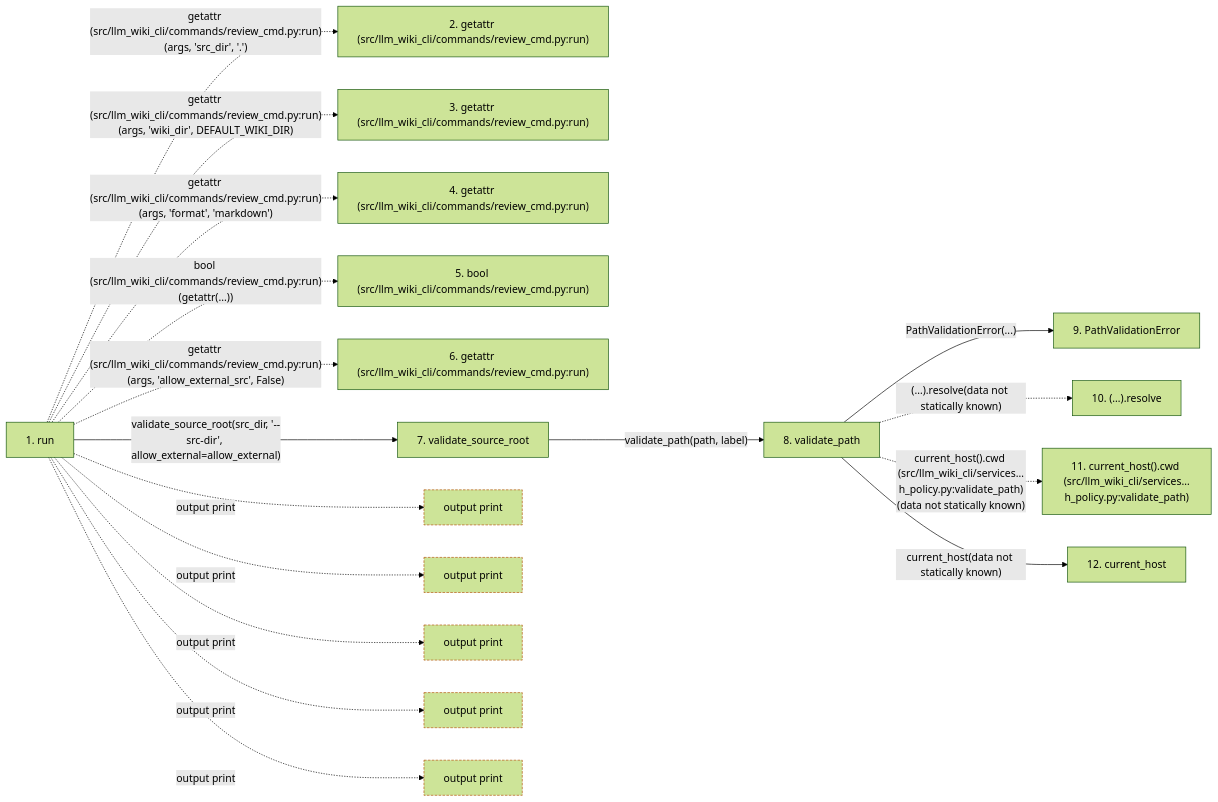
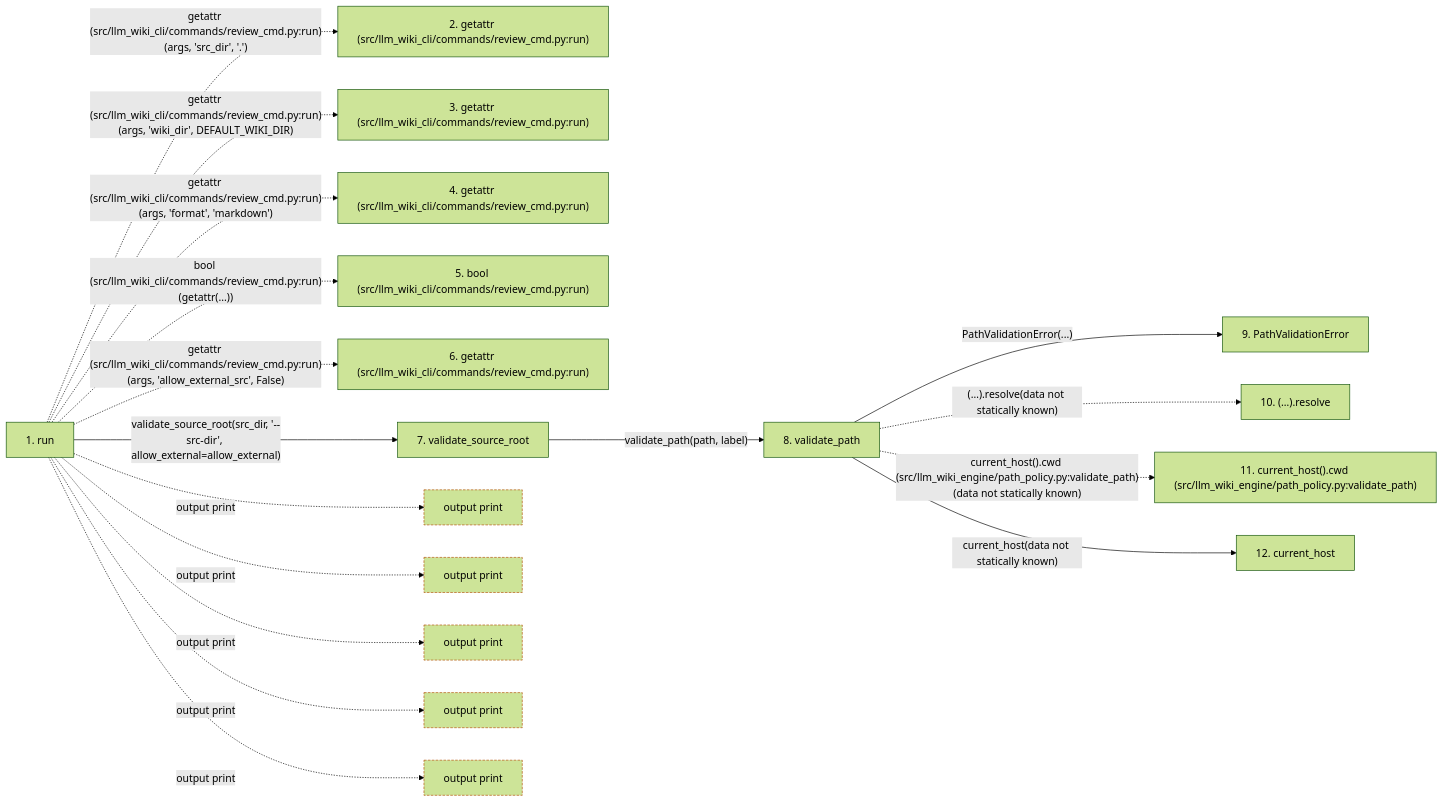
Before and after one commit to Denissvgn/python-wiki-llm: the second of 2 diagrams in docs/llm_wiki/flows/cli-review.md, drawn with Mermaid (forest theme). The commit also changed other lines of this file and 739 other files, not shown here.

First line of the commit message:
docs: refresh the wiki for the second engine batch

````diff
--- a/docs/llm_wiki/flows/cli-review.md
+++ b/docs/llm_wiki/flows/cli-review.md
@@ -176,47 +176,47 @@
 ```mermaid
 flowchart LR
     s1["1. run"]
     s2["2. getattr (src/llm_wiki_cli/commands/review_cmd.py:run)"]
     s3["3. getattr (src/llm_wiki_cli/commands/review_cmd.py:run)"]
     s4["4. getattr (src/llm_wiki_cli/commands/review_cmd.py:run)"]
     s5["5. bool (src/llm_wiki_cli/commands/review_cmd.py:run)"]
     s6["6. getattr (src/llm_wiki_cli/commands/review_cmd.py:run)"]
     s7["7. validate_source_root"]
     s8["8. validate_path"]
     s9["9. PathValidationError"]
     s10["10. (…).resolve"]
-    s11["11. current_host().cwd (src/llm_wiki_cli/services…h_policy.py:validate_path)"]
+    s11["11. current_host().cwd (src/llm_wiki_engine/path_policy.py:validate_path)"]
     s12["12. current_host"]
     s1 -. "getattr (src/llm_wiki_cli/commands/review_cmd.py:run)(args, 'src_dir', '.')" .-> s2
     s1 -. "getattr (src/llm_wiki_cli/commands/review_cmd.py:run)(args, 'wiki_dir', DEFAULT_WIKI_DIR)" .-> s3
     s1 -. "getattr (src/llm_wiki_cli/commands/review_cmd.py:run)(args, 'format', 'markdown')" .-> s4
     s1 -. "bool (src/llm_wiki_cli/commands/review_cmd.py:run)(getattr(...))" .-> s5
     s1 -. "getattr (src/llm_wiki_cli/commands/review_cmd.py:run)(args, 'allow_external_src', False)" .-> s6
     s1 -->|"validate_source_root(src_dir, '--src-dir', allow_external=allow_external)"| s7
     s7 -->|"validate_path(path, label)"| s8
     s8 -->|"PathValidationError(...)"| s9
     s8 -. "(…).resolve(data not statically known)" .-> s10
-    s8 -. "current_host().cwd (src/llm_wiki_cli/services…h_policy.py:validate_path)(data not statically known)" .-> s11
+    s8 -. "current_host().cwd (src/llm_wiki_engine/path_policy.py:validate_path)(data not statically known)" .-> s11
     s8 -->|"current_host(data not statically known)"| s12
     b0["output print"]
     s1 -. "output print" .-> b0
     b1["output print"]
     s1 -. "output print" .-> b1
     b2["output print"]
     s1 -. "output print" .-> b2
     b3["output print"]
     s1 -. "output print" .-> b3
     b4["output print"]
     s1 -. "output print" .-> b4
     click s1 "../modules/review_cmd.md"
     click s7 "../modules/path_policy.md"
     click s8 "../modules/path_policy.md"
     click s9 "../modules/path_policy.md"
     click s12 "../modules/host.md"
     classDef boundary stroke:#b45309,stroke-dasharray: 4 2
     class b0 boundary
     class b1 boundary
     class b2 boundary
     class b3 boundary
     class b4 boundary
 ```
````
